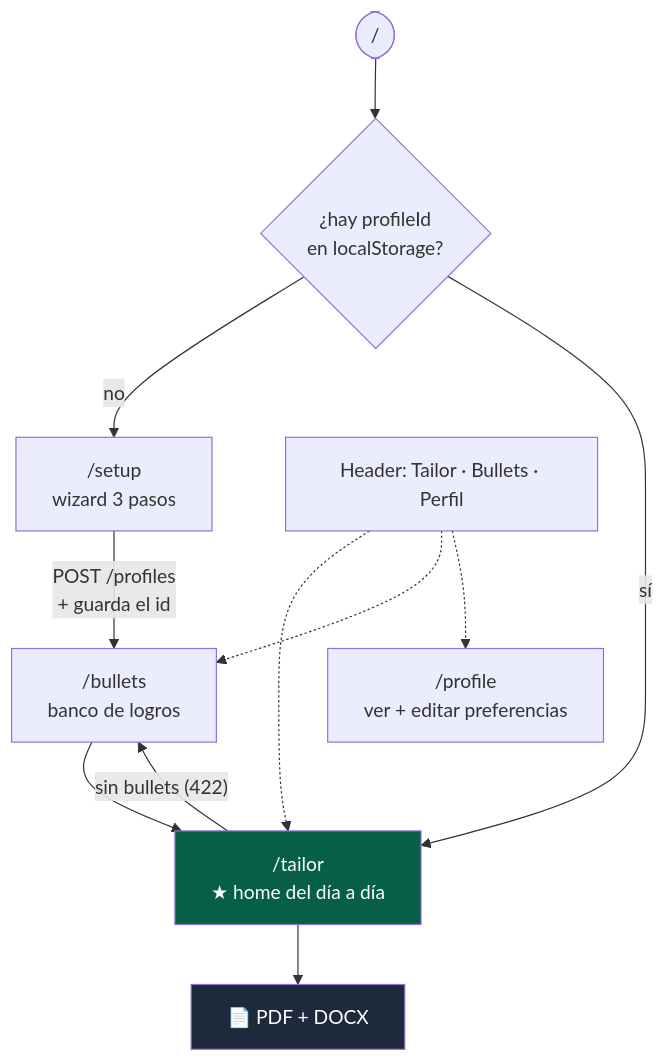
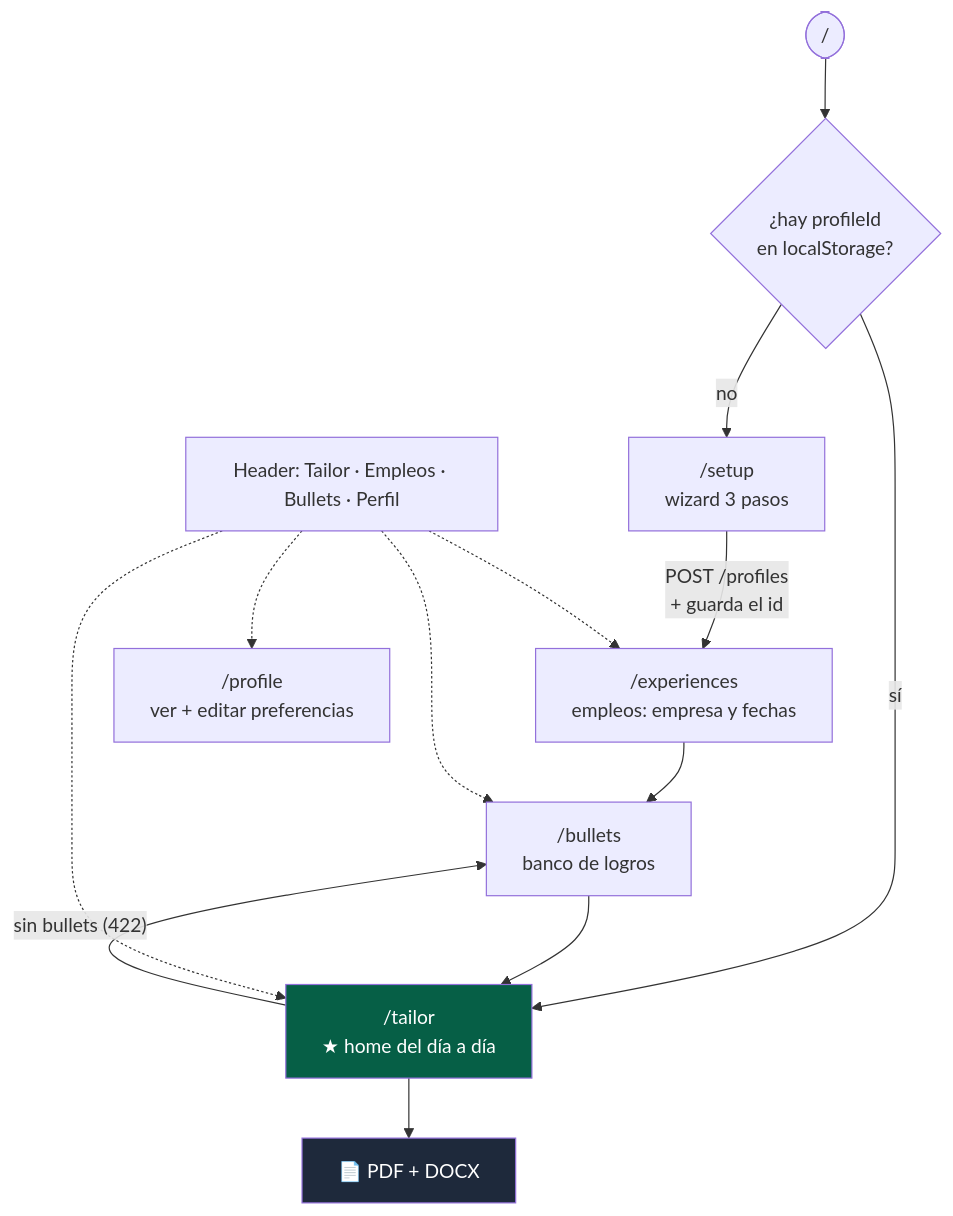
Before and after one commit to HectorDaniell/JobFinder: the seventh of 9 diagrams in docs/FLUJO.md, drawn with Mermaid. The commit also changed other lines of this file and 9 other files, not shown here.

````diff
--- a/docs/FLUJO.md
+++ b/docs/FLUJO.md
@@ -179,18 +215,20 @@
 ```mermaid
 flowchart TD
     START(["/"]) --> Q{¿hay profileId<br/>en localStorage?}
     Q -->|no| SETUP["/setup<br/>wizard 3 pasos"]
     Q -->|sí| TAILOR["/tailor<br/>★ home del día a día"]
 
-    SETUP -->|"POST /profiles<br/>+ guarda el id"| BULLETS["/bullets<br/>banco de logros"]
+    SETUP -->|"POST /profiles<br/>+ guarda el id"| EXP["/experiences<br/>empleos: empresa y fechas"]
+    EXP --> BULLETS["/bullets<br/>banco de logros"]
     BULLETS --> TAILOR
     TAILOR -->|"sin bullets (422)"| BULLETS
     TAILOR --> DL["📄 PDF + DOCX"]
 
-    NAV["Header: Tailor · Bullets · Perfil"] -.-> TAILOR
+    NAV["Header: Tailor · Empleos · Bullets · Perfil"] -.-> TAILOR
+    NAV -.-> EXP
     NAV -.-> BULLETS
     NAV -.-> PROFILE["/profile<br/>ver + editar preferencias"]
 
     style TAILOR fill:#065f46,color:#fff
     style DL fill:#1e293b,color:#fff
 ```
````
